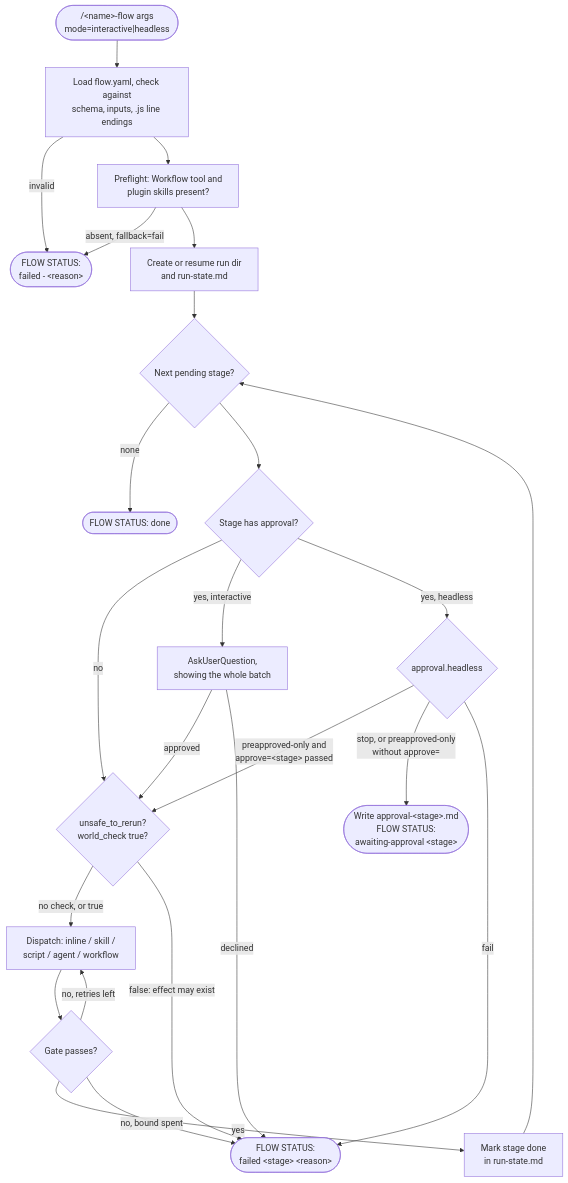
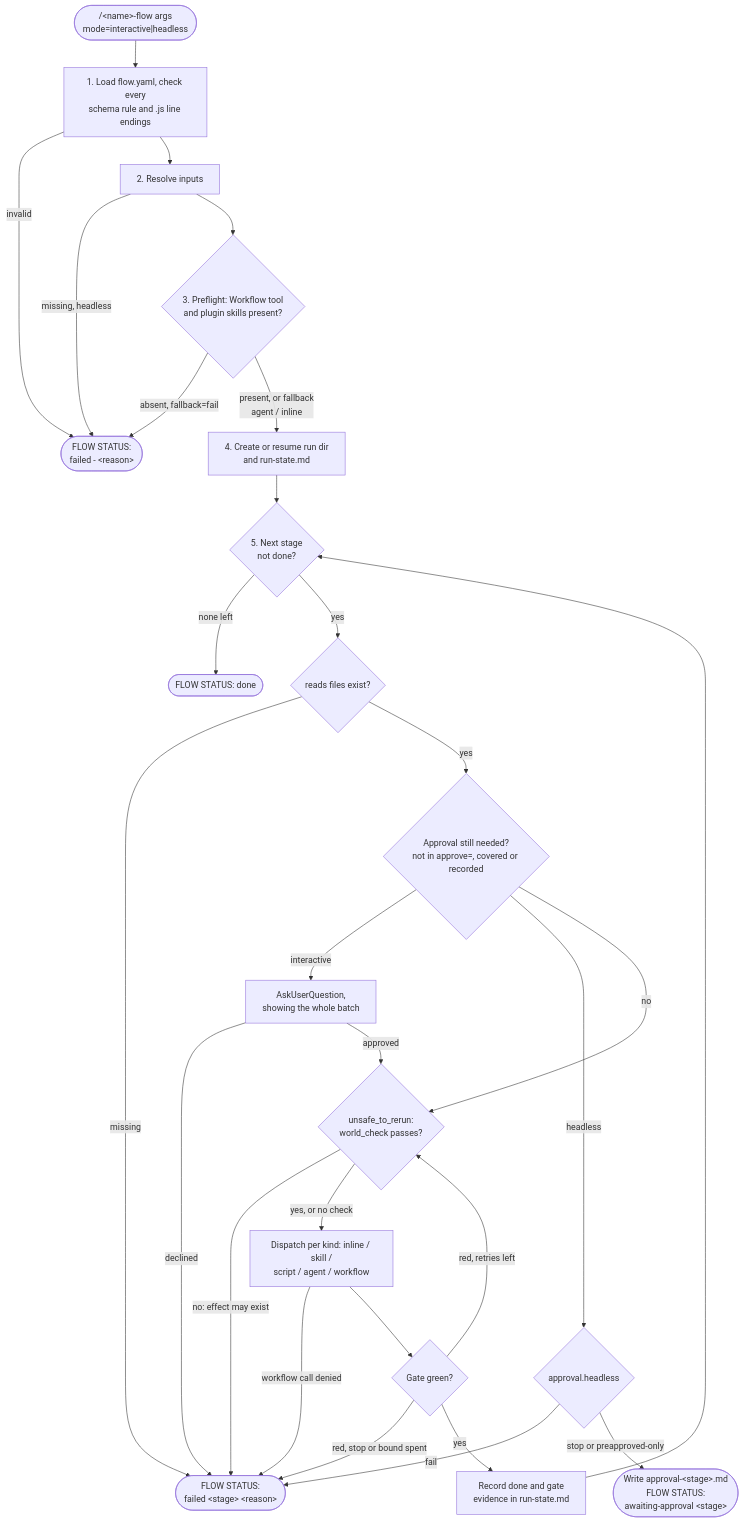
Before and after one commit to cheneeheng/ceh-claude-code-library: the second of 3 diagrams in plugins/standalone/ceh-workflow-builder/docs/ARCHITECTURE.md, drawn with Mermaid. The commit also changed other lines of this file and 1 other file, not shown here.

First line of the commit message:
docs(workflow-builder): redraw diagrams and absorb session notes

````diff
--- a/plugins/standalone/ceh-workflow-builder/docs/ARCHITECTURE.md
+++ b/plugins/standalone/ceh-workflow-builder/docs/ARCHITECTURE.md
@@ -102,25 +119,29 @@
 ```mermaid
 flowchart TD
-    start(["/&lt;name&gt;-flow args<br/>mode=interactive|headless"]) --> load["Load flow.yaml, check against<br/>schema, inputs, .js line endings"]
+    start(["/&lt;name&gt;-flow args<br/>mode=interactive|headless"]) --> load["1. Load flow.yaml, check every<br/>schema rule and .js line endings"]
     load -->|invalid| prefail(["FLOW STATUS:<br/>failed - &lt;reason&gt;"])
-    load --> pre["Preflight: Workflow tool and<br/>plugin skills present?"]
-    pre -->|absent, fallback=fail| prefail
-    pre --> state["Create or resume run dir<br/>and run-state.md"]
-    state --> next{"Next pending stage?"}
-    next -->|none| done(["FLOW STATUS: done"])
-    next --> appr{"Stage has approval?"}
-    appr -->|no| world
-    appr -->|yes, interactive| ask["AskUserQuestion,<br/>showing the whole batch"]
+    load --> inputs["2. Resolve inputs"]
+    inputs -->|"missing, headless"| prefail
+    inputs --> pre{"3. Preflight: Workflow tool<br/>and plugin skills present?"}
+    pre -->|"absent, fallback=fail"| prefail
+    pre -->|"present, or fallback<br/>agent / inline"| state["4. Create or resume run dir<br/>and run-state.md"]
+    state --> next{"5. Next stage<br/>not done?"}
+    next -->|none left| done(["FLOW STATUS: done"])
+    next -->|yes| reads{"reads files exist?"}
+    reads -->|missing| failed(["FLOW STATUS:<br/>failed &lt;stage&gt; &lt;reason&gt;"])
+    reads -->|yes| appr{"Approval still needed?<br/>not in approve=, covered or recorded"}
+    appr -->|interactive| ask["AskUserQuestion,<br/>showing the whole batch"]
+    ask -->|declined| failed
+    appr -->|headless| hl{"approval.headless"}
+    hl -->|fail| failed
+    hl -->|"stop or preapproved-only"| waiting(["Write approval-&lt;stage&gt;.md<br/>FLOW STATUS:<br/>awaiting-approval &lt;stage&gt;"])
+    appr -->|no| world{"unsafe_to_rerun:<br/>world_check passes?"}
     ask -->|approved| world
-    ask -->|declined| failed
-    appr -->|yes, headless| hl{"approval.headless"}
-    hl -->|preapproved-only and<br/>approve=&lt;stage&gt; passed| world
-    hl -->|stop, or preapproved-only<br/>without approve=| waiting(["Write approval-&lt;stage&gt;.md<br/>FLOW STATUS:<br/>awaiting-approval &lt;stage&gt;"])
-    hl -->|fail| failed
-    world{"unsafe_to_rerun?<br/>world_check true?"} -->|"no check, or true"| run["Dispatch: inline / skill /<br/>script / agent / workflow"]
-    world -->|false: effect may exist| failed
-    run --> gate{"Gate passes?"}
-    gate -->|yes| mark["Mark stage done<br/>in run-state.md"] --> next
-    gate -->|no, retries left| run
-    gate -->|no, bound spent| failed(["FLOW STATUS:<br/>failed &lt;stage&gt; &lt;reason&gt;"])
+    world -->|"no: effect may exist"| failed
+    world -->|"yes, or no check"| run["Dispatch per kind: inline / skill /<br/>script / agent / workflow"]
+    run -->|workflow call denied| failed
+    run --> gate{"Gate green?"}
+    gate -->|"red, stop or bound spent"| failed
+    gate -->|"red, retries left"| world
+    gate -->|yes| mark["Record done and gate<br/>evidence in run-state.md"] --> next
 ```
````
